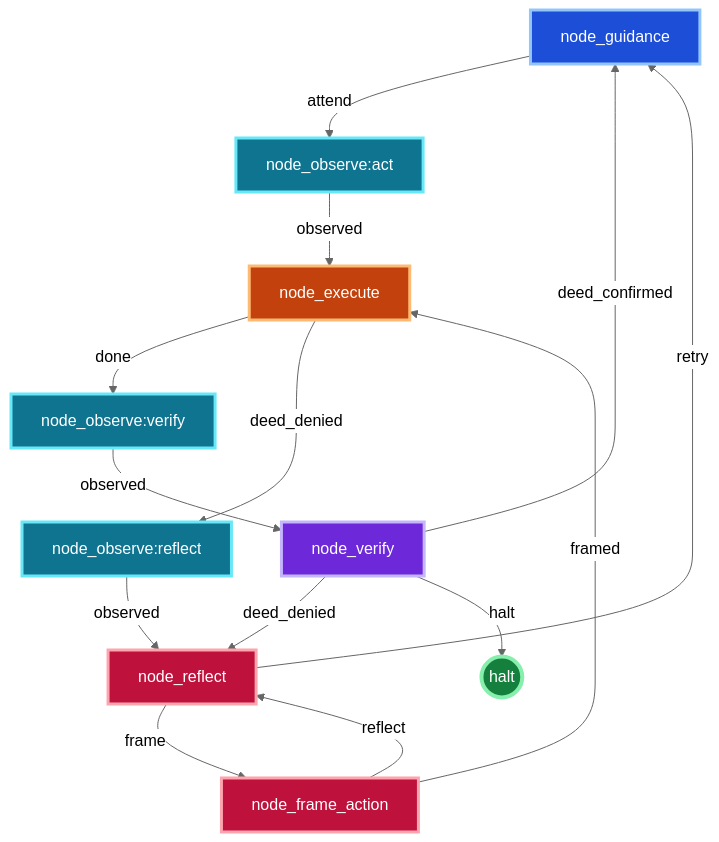
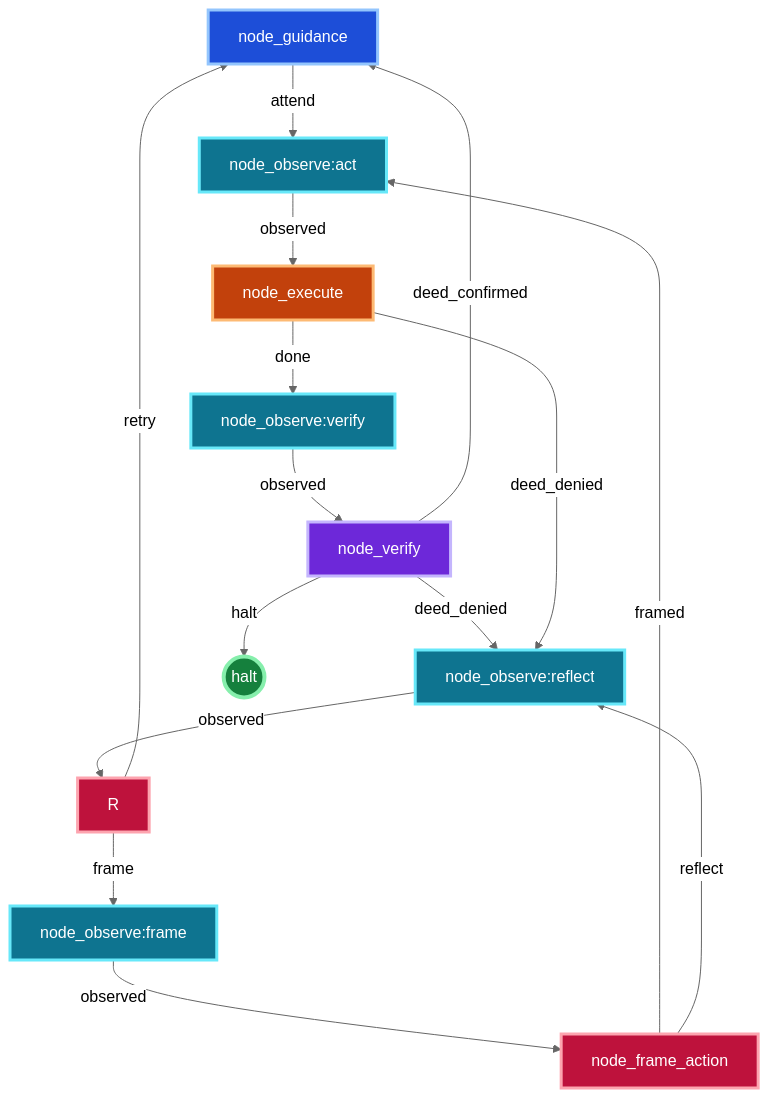
One commit to wgabrys88/endgame-ai changed the first of 9 diagrams in README.md. Above: the diagram before and after it, drawn with Mermaid (neutral theme). The commit also changed other lines of this file and 9 other files, not shown here.

````diff
--- a/README.md
+++ b/README.md
@@ -527,30 +543,31 @@
 ```mermaid
 flowchart TD
     G["node_guidance"] -->|attend| OA["node_observe:act"]
     OA -->|observed| E["node_execute"]
     E -->|done| OV["node_observe:verify"]
     OV -->|observed| V["node_verify"]
     V -->|deed_confirmed| G
-    V -->|deed_denied| R["node_reflect"]
+    V -->|deed_denied| OR["node_observe:reflect"]
     V -->|halt| H(("halt"))
-    E -->|deed_denied| OR["node_observe:reflect"]
+    E -->|deed_denied| OR
     OR -->|observed| R
     R -->|retry| G
-    R -->|frame| F["node_frame_action"]
-    F -->|framed| E
-    F -->|reflect| R
+    R -->|frame| OF["node_observe:frame"]
+    OF -->|observed| F["node_frame_action"]
+    F -->|framed| OA
+    F -->|reflect| OR
 
     classDef guidance fill:#1d4ed8,color:#ffffff,stroke:#93c5fd,stroke-width:3px;
     classDef observe fill:#0e7490,color:#ffffff,stroke:#67e8f9,stroke-width:3px;
     classDef act fill:#c2410c,color:#ffffff,stroke:#fdba74,stroke-width:3px;
     classDef witness fill:#6d28d9,color:#ffffff,stroke:#c4b5fd,stroke-width:3px;
     classDef recover fill:#be123c,color:#ffffff,stroke:#fda4af,stroke-width:3px;
     classDef terminal fill:#15803d,color:#ffffff,stroke:#86efac,stroke-width:4px;
 
     class G guidance;
-    class OA,OV,OR observe;
+    class OA,OV,OR,OF observe;
     class E act;
     class V witness;
     class R,F recover;
     class H terminal;
 ```
````
